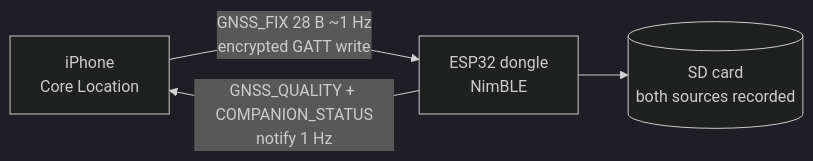
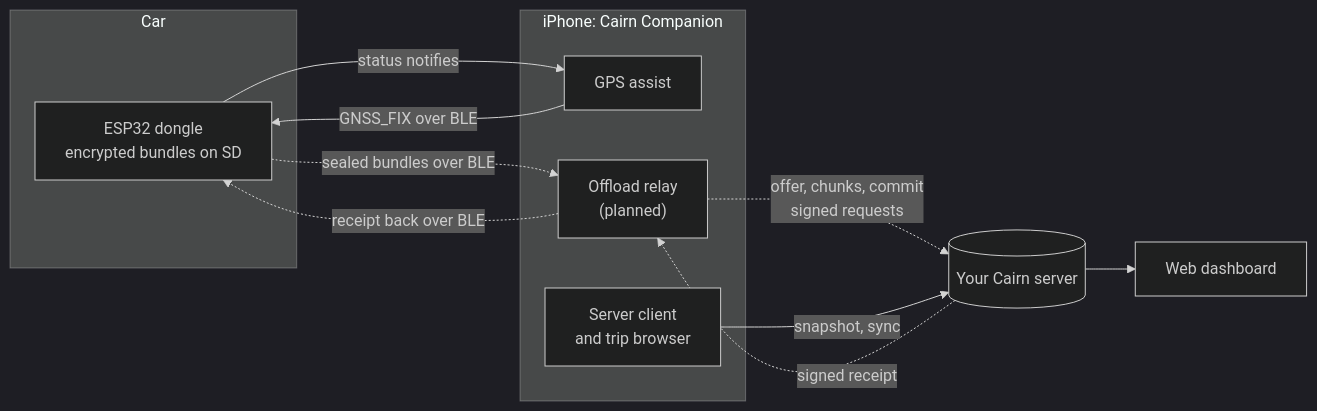
One commit to ParkWardRR/cairn-companion-ios-esp32-obd2-gps-ble changed the first of 7 diagrams in README.md. Above: the diagram before and after it, drawn with Mermaid (dark theme). The commit also changed other lines of this file, not shown here.

Commit message:
docs: overhaul the README: relay and server-client roles, diagrams, honest status, docs index

````diff
--- a/README.md
+++ b/README.md
@@ -75,6 +110,21 @@
 ```mermaid
 flowchart LR
-  A[iPhone<br/>Core Location] -- "GNSS_FIX 28 B ~1 Hz<br/>encrypted GATT write" --> B[ESP32 dongle<br/>NimBLE]
-  B -- "GNSS_QUALITY + COMPANION_STATUS<br/>notify 1 Hz" --> A
-  B --> C[(SD card<br/>both sources recorded)]
+  subgraph Car
+    D["ESP32 dongle<br/>encrypted bundles on SD"]
+  end
+  subgraph Phone["iPhone: Cairn Companion"]
+    A["GPS assist"]
+    R["Offload relay<br/>(planned)"]
+    C["Server client<br/>and trip browser"]
+  end
+  S[("Your Cairn server")]
+  W["Web dashboard"]
+  A -- "GNSS_FIX over BLE" --> D
+  D -- "status notifies" --> A
+  D -. "sealed bundles over BLE" .-> R
+  R -. "offer, chunks, commit<br/>signed requests" .-> S
+  S -. "signed receipt" .-> R
+  R -. "receipt back over BLE" .-> D
+  C -- "snapshot, sync" --> S
+  S --> W
 ```
````
